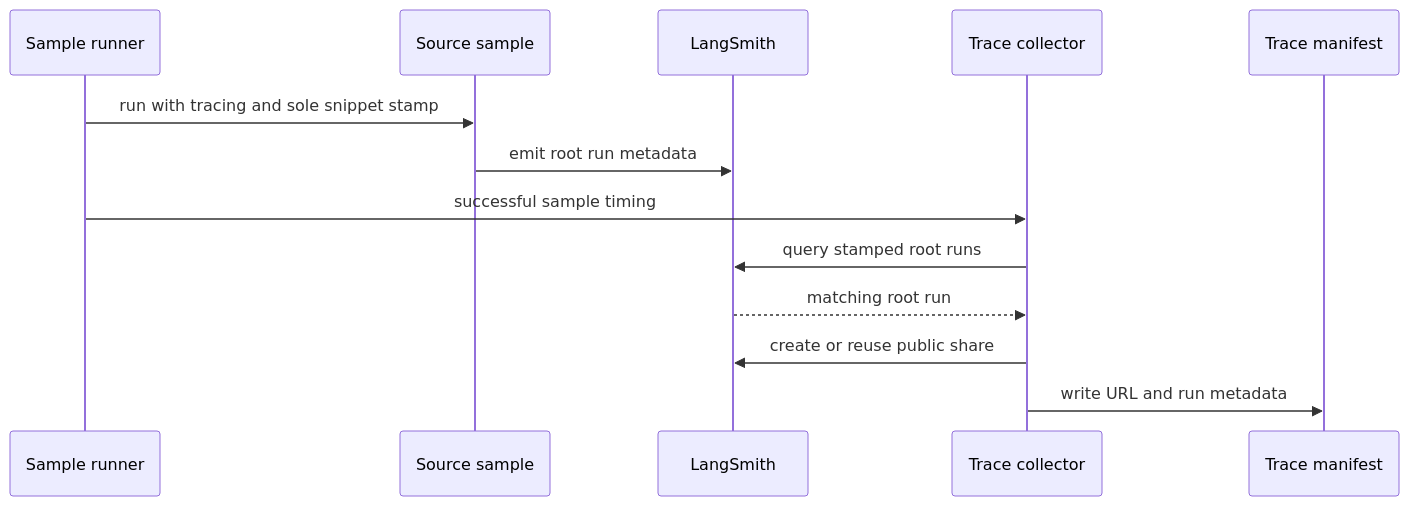
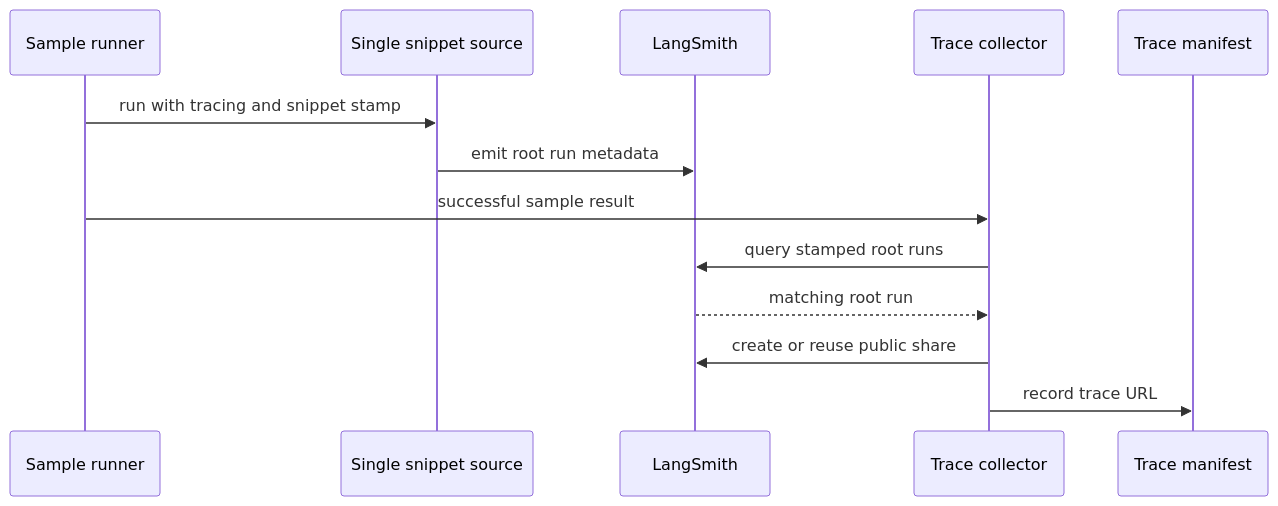
Before and after one commit to langchain-ai/docs: the second of 2 diagrams in openwiki/workflows/code-sample-lifecycle.md, drawn with Mermaid. The commit also changed other lines of this file and 20 other files, not shown here.

````diff
--- a/openwiki/workflows/code-sample-lifecycle.md
+++ b/openwiki/workflows/code-sample-lifecycle.md
@@ -112,15 +126,15 @@
 ```mermaid
 sequenceDiagram
   participant Runner as Sample runner
-  participant Sample as Source sample
+  participant Sample as Single snippet source
   participant Service as LangSmith
   participant Collector as Trace collector
   participant Manifest as Trace manifest
-  Runner->>Sample: run with tracing and sole snippet stamp
+  Runner->>Sample: run with tracing and snippet stamp
   Sample->>Service: emit root run metadata
-  Runner->>Collector: successful sample timing
+  Runner->>Collector: successful sample result
   Collector->>Service: query stamped root runs
   Service-->>Collector: matching root run
   Collector->>Service: create or reuse public share
-  Collector->>Manifest: write URL and run metadata
+  Collector->>Manifest: record trace URL
 ```
````
